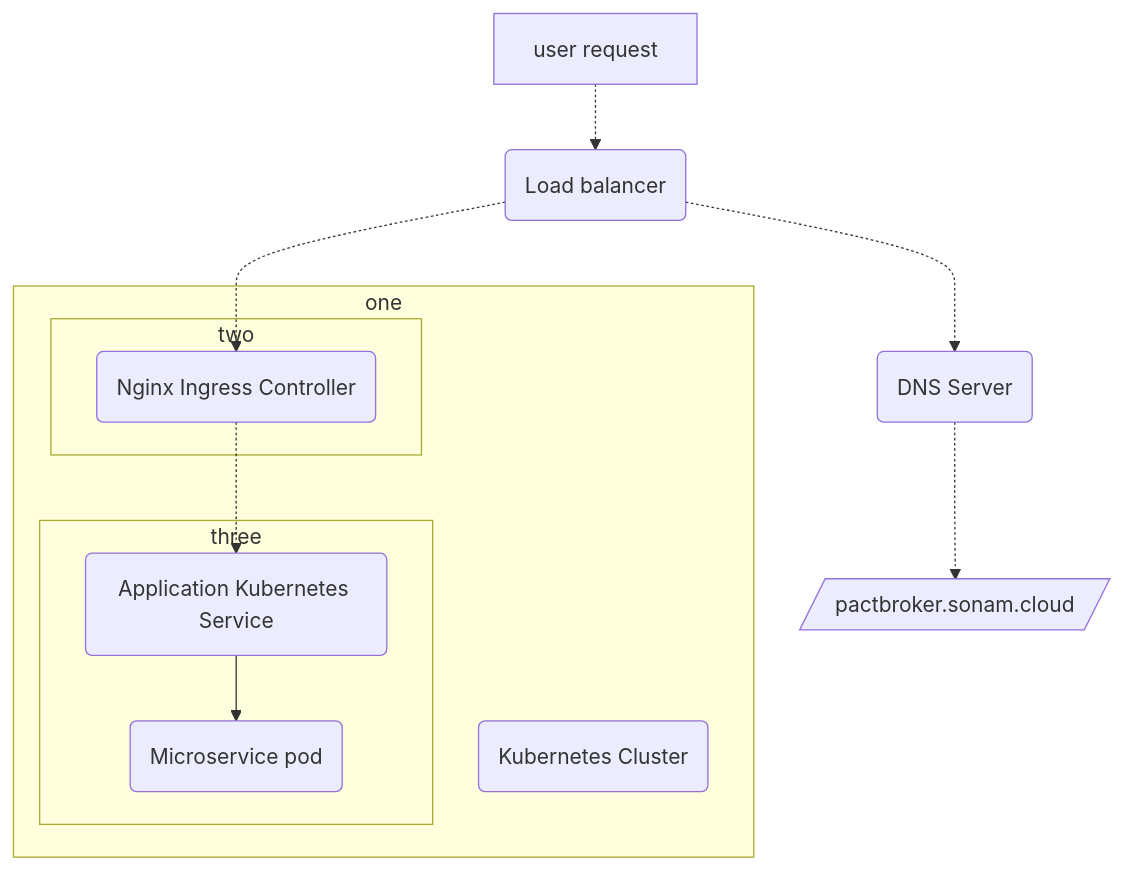
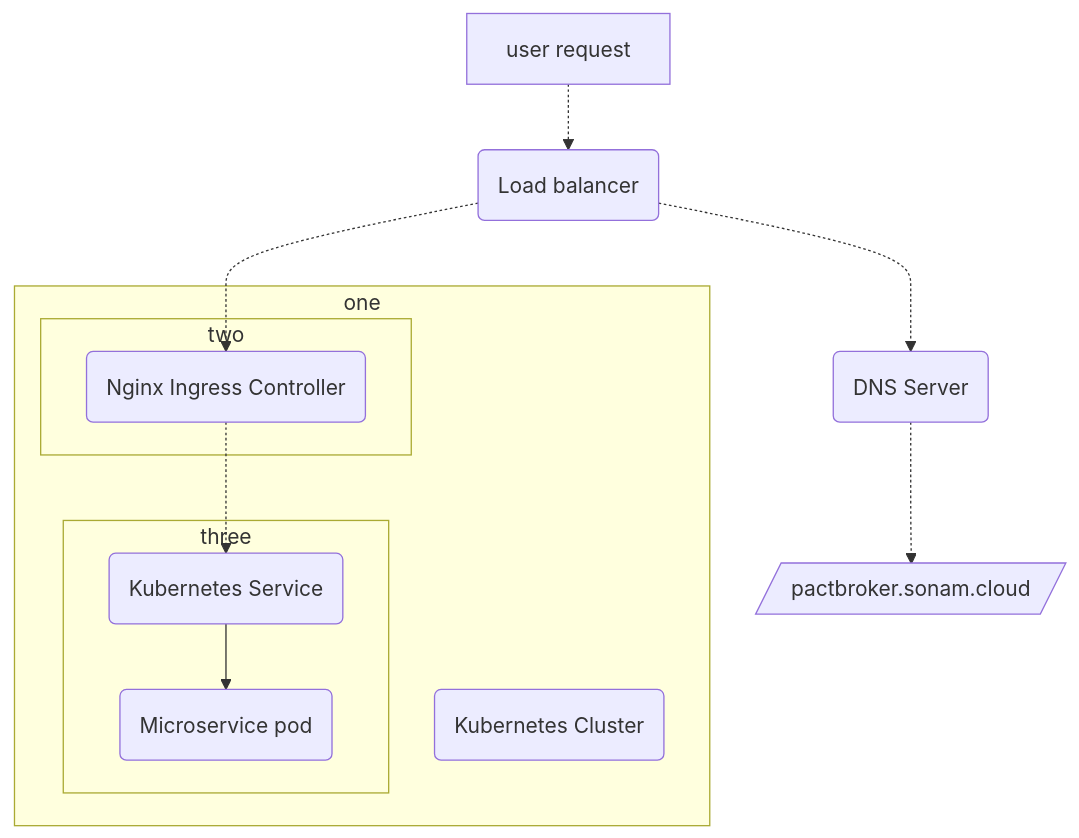
Before and after one commit to sonamsamdupkhangsar/sonamsamdupkhangsar.github.io: the first of 4 diagrams in README.md, drawn with Mermaid.

Commit message:
remove applicaiton

````diff
--- a/README.md
+++ b/README.md
@@ -10,20 +10,20 @@
 ```mermaid
 flowchart TD
     A[user request] -.-> B(Load balancer)
     B -.-> C(DNS Server)
     C -.-> D[/pactbroker.sonam.cloud/]
     subgraph one
     E(Kubernetes Cluster)
     subgraph two
     F(Nginx Ingress Controller) 
     end
     subgraph three
-    G(Application Kubernetes Service)
+    G(Kubernetes Service)
     G --> H(Microservice pod)
     end    
     end
     F -.-> G
     B -.-> F
 
 
 ```
````
